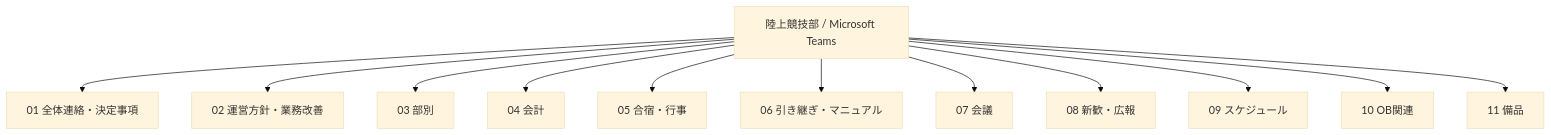
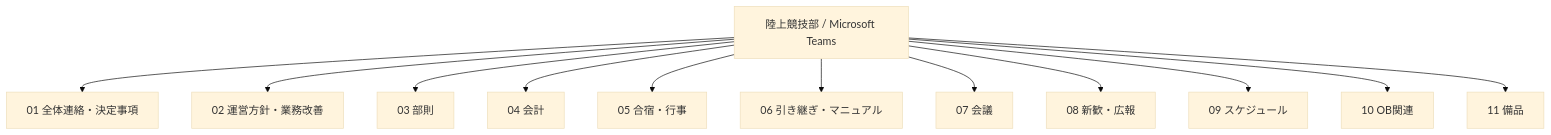
Before and after one commit to eita1001/track-club-management: the diagram in docs/system-design.md, drawn with Mermaid (base theme).

````diff
--- a/docs/system-design.md
+++ b/docs/system-design.md
@@ -11,15 +11,15 @@
 ```mermaid
 flowchart TD
     T[陸上競技部 / Microsoft Teams]
     T --> A[01 全体連絡・決定事項]
     T --> B[02 運営方針・業務改善]
-    T --> C[03 部別]
+    T --> C[03 部則]
     T --> D[04 会計]
     T --> E[05 合宿・行事]
     T --> F[06 引き継ぎ・マニュアル]
     T --> G[07 会議]
     T --> H[08 新歓・広報]
     T --> I[09 スケジュール]
     T --> J[10 OB関連]
     T --> K[11 備品]
 ```
````
